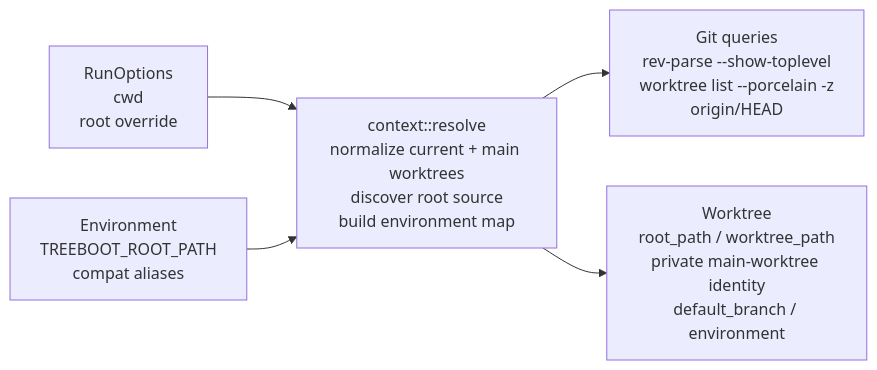
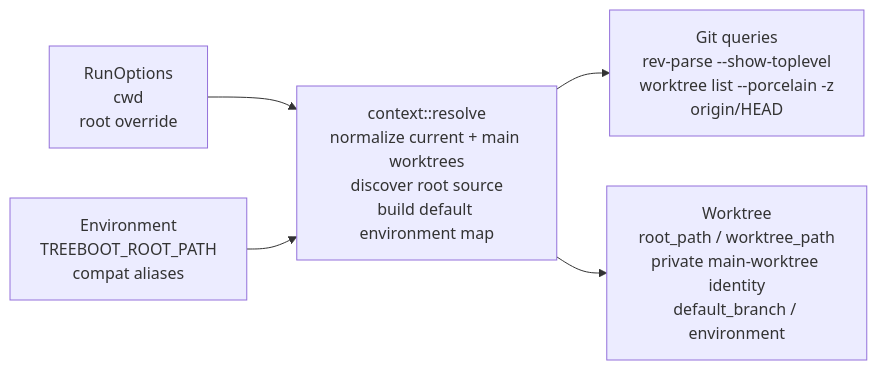
Before and after one commit to jimeh/treeboot: the second of 6 diagrams in docs/ARCHITECTURE.md, drawn with Mermaid. The commit also changed other lines of this file and 28 other files, not shown here.

````diff
--- a/docs/ARCHITECTURE.md
+++ b/docs/ARCHITECTURE.md
@@ -97,13 +97,13 @@
 ```mermaid
 flowchart LR
   OPT["RunOptions<br/>cwd<br/>root override"]
   ENV["Environment<br/>TREEBOOT_ROOT_PATH<br/>compat aliases"]
-  RES["context::resolve<br/>normalize current + main worktrees<br/>discover root source<br/>build environment map"]
+  RES["context::resolve<br/>normalize current + main worktrees<br/>discover root source<br/>build default environment map"]
   GIT["Git queries<br/>rev-parse --show-toplevel<br/>worktree list --porcelain -z<br/>origin/HEAD"]
   WT["Worktree<br/>root_path / worktree_path<br/>private main-worktree identity<br/>default_branch / environment"]
 
   OPT --> RES
   ENV --> RES
   RES --> GIT
   RES --> WT
 ```
````
